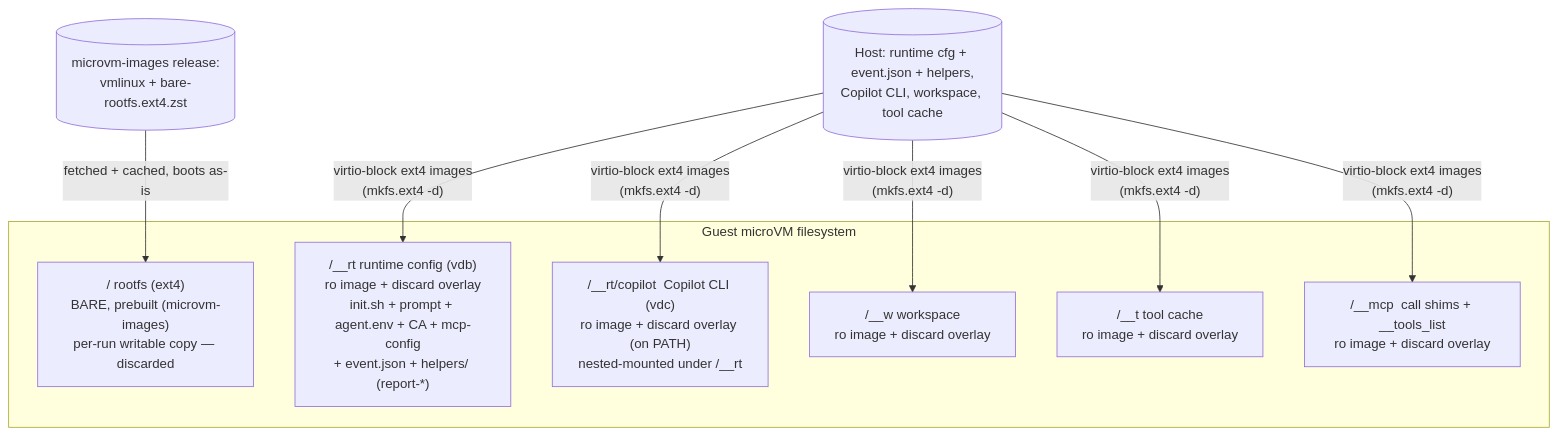
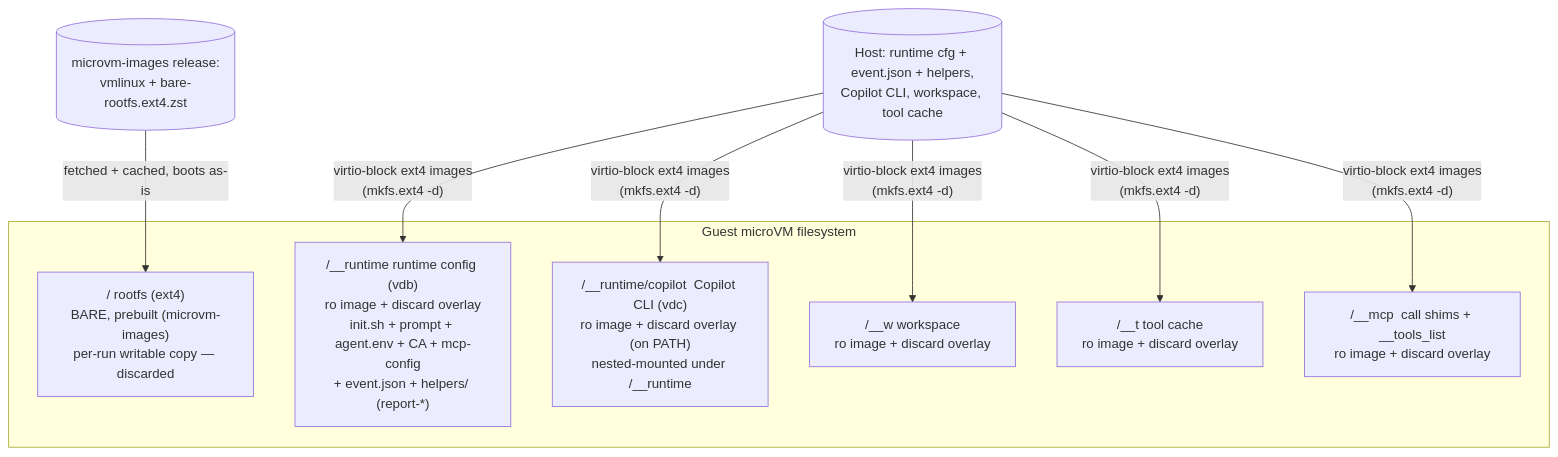
Before and after one commit to ericsciple/microvm-agent: the sixth of 7 diagrams in docs/architecture.md, drawn with Mermaid. The commit also changed other lines of this file and 6 other files, not shown here.

````diff
--- a/docs/architecture.md
+++ b/docs/architecture.md
@@ -237,13 +237,13 @@
 ```mermaid
 flowchart TB
   subgraph VM["Guest microVM filesystem"]
     ROOT["/ rootfs (ext4)<br/>BARE, prebuilt (microvm-images)<br/>per-run writable copy — discarded"]
-    RT["/__rt runtime config (vdb)<br/>ro image + discard overlay<br/>init.sh + prompt + agent.env + CA + mcp-config<br/>+ event.json + helpers/ (report-*)"]
-    CP["/__rt/copilot  Copilot CLI (vdc)<br/>ro image + discard overlay (on PATH)<br/>nested-mounted under /__rt"]
+    RT["/__runtime runtime config (vdb)<br/>ro image + discard overlay<br/>init.sh + prompt + agent.env + CA + mcp-config<br/>+ event.json + helpers/ (report-*)"]
+    CP["/__runtime/copilot  Copilot CLI (vdc)<br/>ro image + discard overlay (on PATH)<br/>nested-mounted under /__runtime"]
     W["/__w  workspace<br/>ro image + discard overlay"]
     T["/__t  tool cache<br/>ro image + discard overlay"]
     MCP["/__mcp  call shims + __tools_list<br/>ro image + discard overlay"]
   end
   IMAGES[("microvm-images release:<br/>vmlinux + bare-rootfs.ext4.zst")] -->|fetched + cached, boots as-is| ROOT
   HOSTFS[("Host: runtime cfg + event.json + helpers,<br/>Copilot CLI, workspace, tool cache")] -->|"virtio-block ext4 images<br/>(mkfs.ext4 -d)"| RT & CP & W & T & MCP
 ```
````
